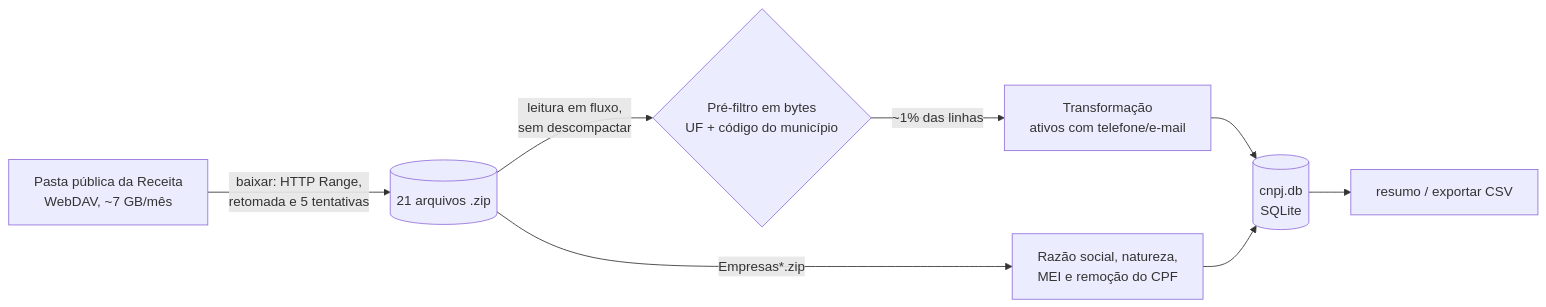
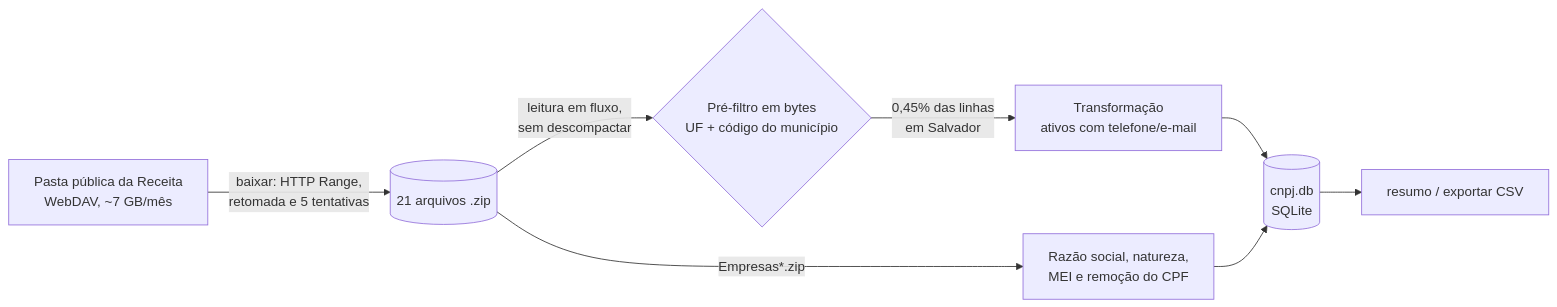
The diagram in README.md (mindoramapp/cnpj-aberto-etl), drawn with Mermaid before and after one commit. The commit also changed other lines of this file, not shown here.

Commit message:
docs: números reais da rodada de Salvador

````diff
--- a/README.md
+++ b/README.md
@@ -20,10 +28,10 @@
 ```mermaid
 flowchart LR
     A[Pasta pública da Receita<br/>WebDAV, ~7 GB/mês] -->|baixar: HTTP Range,<br/>retomada e 5 tentativas| B[(21 arquivos .zip)]
     B -->|leitura em fluxo,<br/>sem descompactar| C{Pré-filtro em bytes<br/>UF + código do município}
-    C -->|~1% das linhas| D[Transformação<br/>ativos com telefone/e-mail]
+    C -->|0,45% das linhas<br/>em Salvador| D[Transformação<br/>ativos com telefone/e-mail]
     D --> E[(cnpj.db<br/>SQLite)]
     B -->|Empresas*.zip| F[Razão social, natureza,<br/>MEI e remoção do CPF]
     F --> E
     E --> G[resumo / exportar CSV]
 ```
````
